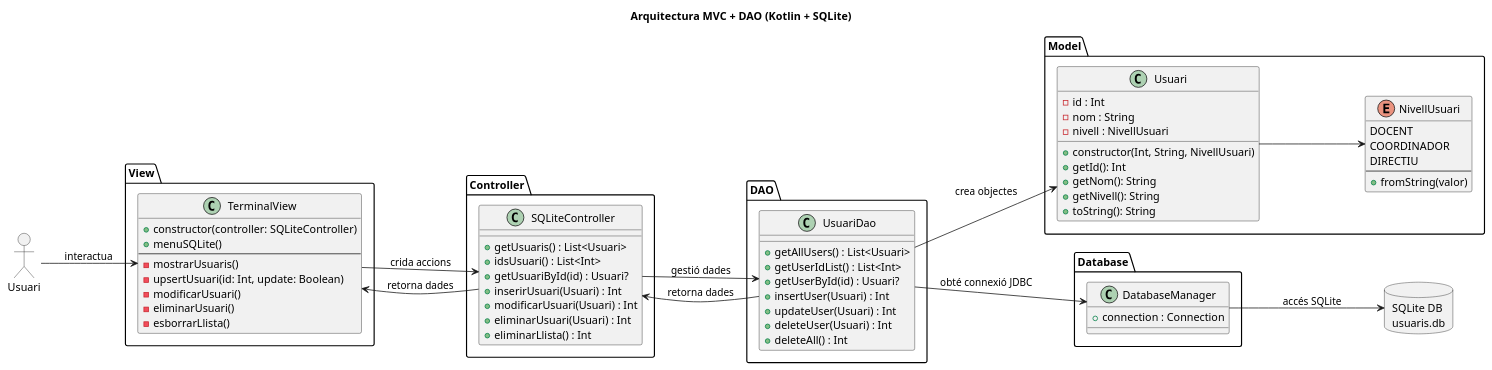
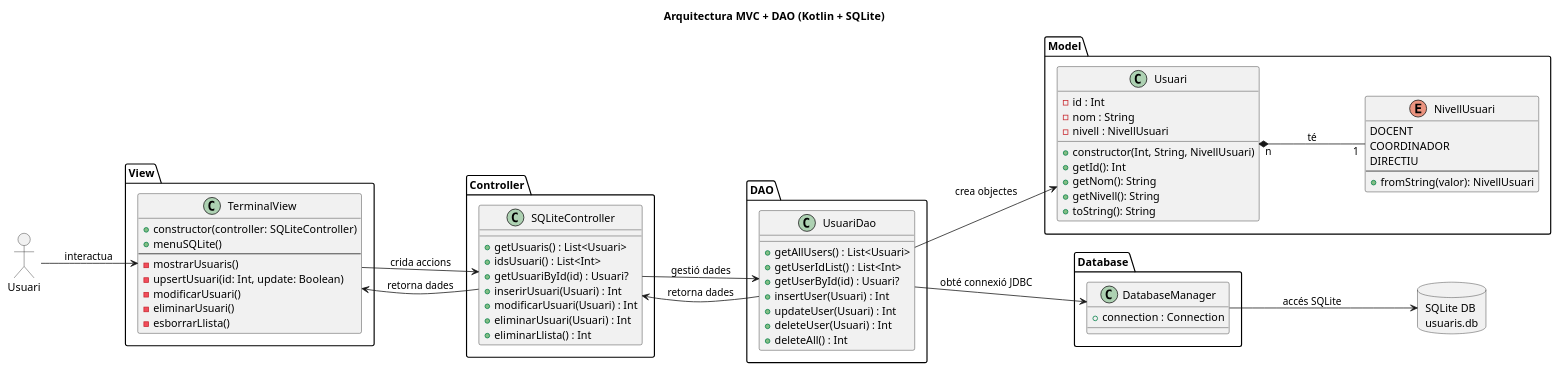
The diagram in src/main/kotlin/uml/Diagrama-MVC.puml (ITEC-BCN/mp03-uf6-demo-kotlin-database-access), drawn with PlantUML before and after one commit. The commit also changed 1 other file, not shown here.

```diff
--- a/src/main/kotlin/uml/Diagrama-MVC.puml
+++ b/src/main/kotlin/uml/Diagrama-MVC.puml
@@ -1,100 +1,100 @@
 @startuml
 allowmixing
 
 left to right direction
 
 title Arquitectura MVC + DAO (Kotlin + SQLite)
 
 actor "Usuari" as User
 
 package "View" {
 
     class TerminalView {
         +constructor(controller: SQLiteController)
         +menuSQLite()
         --
         -mostrarUsuaris()
         -upsertUsuari(id: Int, update: Boolean)
         -modificarUsuari()
         -eliminarUsuari()
         -esborrarLlista()
     }
 
 }
 
 package "Controller" {
 
     class SQLiteController {
         +getUsuaris() : List<Usuari>
         +idsUsuari() : List<Int>
         +getUsuariById(id) : Usuari?
         +inserirUsuari(Usuari) : Int
         +modificarUsuari(Usuari) : Int
         +eliminarUsuari(Usuari) : Int
         +eliminarLlista() : Int
     }
 
 }
 
 package "Model" {
 
     class Usuari {
         -id : Int
         -nom : String
         -nivell : NivellUsuari
         +constructor(Int, String, NivellUsuari)
         +getId(): Int
         +getNom(): String
         +getNivell(): String
         +toString(): String
     }
 
     enum NivellUsuari {
         DOCENT
         COORDINADOR
         DIRECTIU
         --
-        +fromString(valor)
+        +fromString(valor): NivellUsuari
     }
 
 }
 
 package "DAO" {
 
     class UsuariDao {
         +getAllUsers() : List<Usuari>
         +getUserIdList() : List<Int>
         +getUserById(id) : Usuari?
         +insertUser(Usuari) : Int
         +updateUser(Usuari) : Int
         +deleteUser(Usuari) : Int
         +deleteAll() : Int
     }
 
 }
 
 package "Database" {
 
     class DatabaseManager {
         +connection : Connection
     }
 
 }
 
 database "SQLite DB\nusuaris.db" as DB
 
 
 User --> TerminalView : interactua
 
 TerminalView --> SQLiteController : crida accions
 TerminalView <-- SQLiteController : retorna dades
 SQLiteController --> UsuariDao : gestió dades
 SQLiteController <-- UsuariDao : retorna dades
 
 UsuariDao --> DatabaseManager : obté connexió JDBC
 DatabaseManager --> DB : accés SQLite
 
 UsuariDao --> Usuari : crea objectes
-Usuari --> NivellUsuari
+Usuari "n" *-- "1" NivellUsuari: té
 
 @enduml
```
